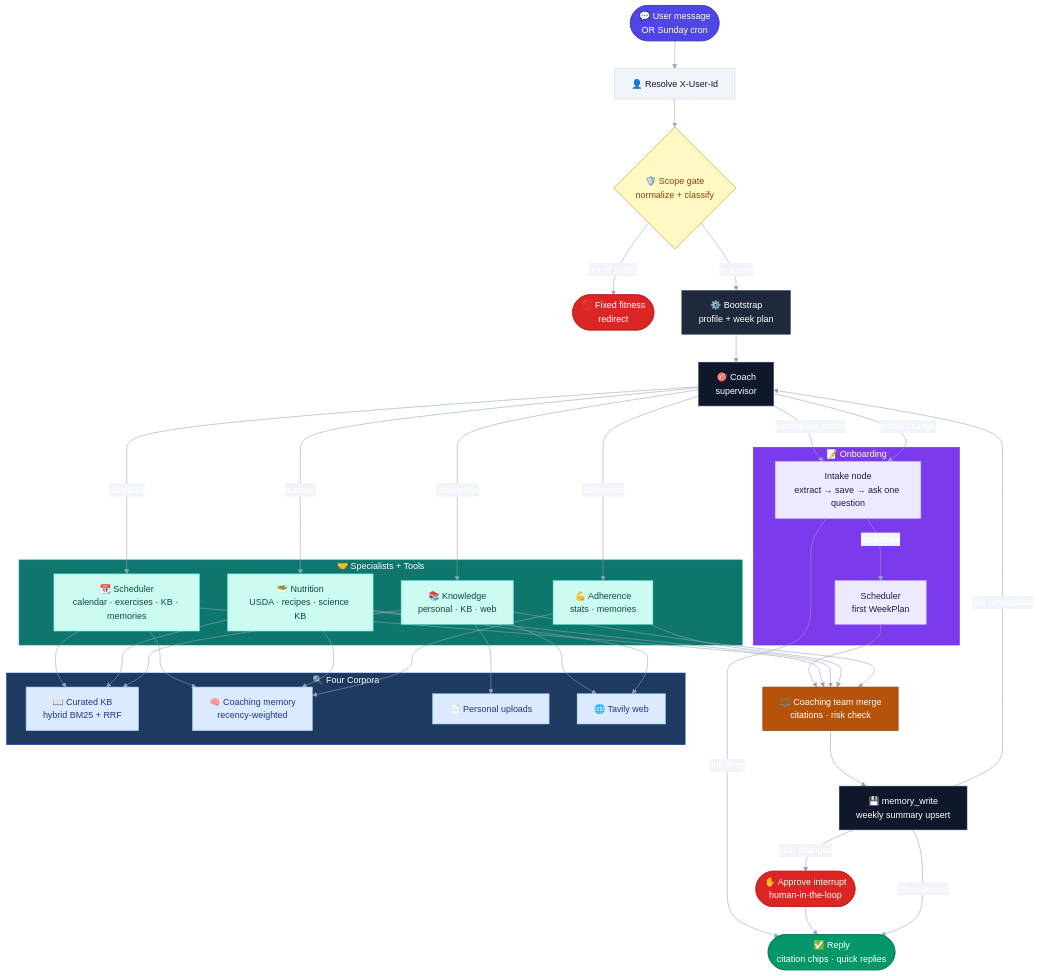
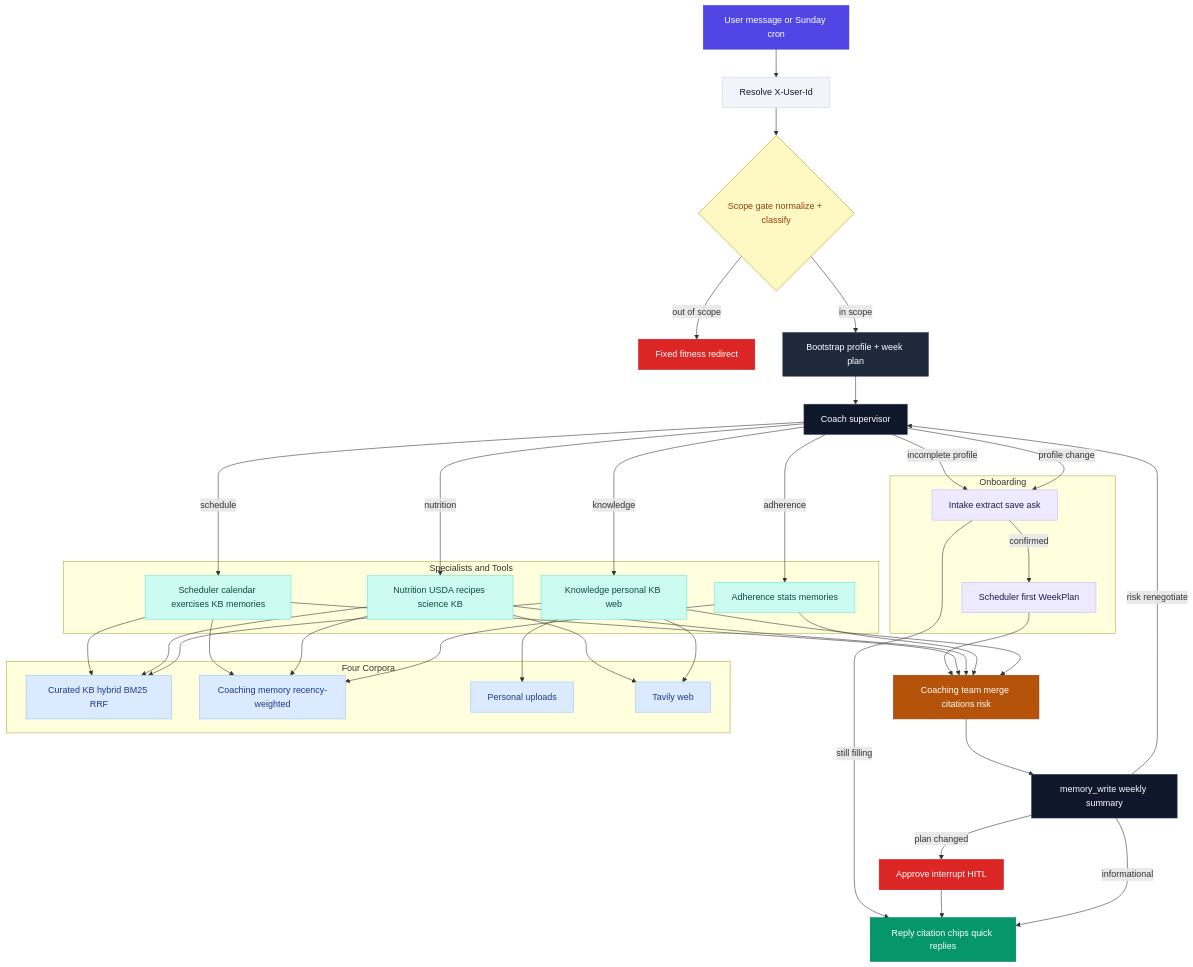
Before and after one commit to saurabhIU/SteadyFit: the second of 2 diagrams in README.md, drawn with Mermaid. The commit also changed other lines of this file and 4 other files, not shown here.

Commit message:
updated mermaid diagrams

````diff
--- a/README.md
+++ b/README.md
@@ -120,89 +142,87 @@
 ```mermaid
-%%{init: {
-  "theme": "base",
-  "themeVariables": {
-    "primaryColor": "#1e293b",
-    "primaryTextColor": "#ffffff",
-    "lineColor": "#94a3b8",
-    "background": "#f8fafc",
-    "fontFamily": "system-ui, sans-serif",
-    "edgeLabelBackground": "#f1f5f9"
-  }
-}}%%
 flowchart TD
-    MSG(["💬 User message\nOR Sunday cron"])
-    HDR["👤 Resolve X-User-Id"]
-    GATE{"🛡️ Scope gate\nnormalize + classify"}
-    REFUSE(["🚫 Fixed fitness\nredirect"])
-    BOOT["⚙️ Bootstrap\nprofile + week plan"]
-    COACH["🎯 Coach\nsupervisor"]
+    MSG[User message or Sunday cron]
+    HDR[Resolve X-User-Id]
+    GATE{Scope gate normalize + classify}
+    REFUSE[Fixed fitness redirect]
+    BOOT[Bootstrap profile + week plan]
+    COACH[Coach supervisor]
 
-    subgraph INTAKE["📝  Onboarding"]
-        INT["Intake node\nextract → save → ask one question"]
-        SCH1["Scheduler\nfirst WeekPlan"]
+    subgraph INTAKE[Onboarding]
+        INT[Intake extract save ask]
+        SCH1[Scheduler first WeekPlan]
     end
 
-    subgraph SPECIALISTS["🤝  Specialists + Tools"]
-        SCH["📆 Scheduler\ncalendar · exercises · KB · memories"]
-        NUT["🥗 Nutrition\nUSDA · recipes · science KB"]
-        ADH["💪 Adherence\nstats · memories"]
-        KNOW["📚 Knowledge\npersonal · KB · web"]
+    subgraph SPECIALISTS[Specialists and Tools]
+        SCH[Scheduler calendar exercises KB memories]
+        NUT[Nutrition USDA recipes science KB]
+        ADH[Adherence stats memories]
+        KNOW[Knowledge personal KB web]
     end
 
-    subgraph RETRIEVAL["🔍  Four Corpora"]
-        R1["📖 Curated KB\nhybrid BM25 + RRF"]
-        R2["🧠 Coaching memory\nrecency-weighted"]
-        R3["📄 Personal uploads"]
-        R4["🌐 Tavily web"]
+    subgraph RETRIEVAL[Four Corpora]
+        R1[Curated KB hybrid BM25 RRF]
+        R2[Coaching memory recency-weighted]
+        R3[Personal uploads]
+        R4[Tavily web]
     end
 
-    TEAM["⚖️ Coaching team merge\ncitations · risk check"]
-    MWRITE["💾 memory_write\nweekly summary upsert"]
-    HITL(["✋ Approve interrupt\nhuman-in-the-loop"])
-    OUT(["✅ Reply\ncitation chips · quick replies"])
+    TEAM[Coaching team merge citations risk]
+    MWRITE[memory_write weekly summary]
+    HITL[Approve interrupt HITL]
+    OUT[Reply citation chips quick replies]
 
-    MSG --> HDR --> GATE
-    GATE -->|"out of scope"| REFUSE
-    GATE -->|"in scope"| BOOT --> COACH
-    COACH -->|"incomplete profile"| INT
-    INT -->|"still filling"| OUT
-    INT -->|"confirmed"| SCH1 --> TEAM
-    COACH -->|"profile change"| INT
-    COACH -->|"schedule"| SCH
-    COACH -->|"nutrition"| NUT
-    COACH -->|"adherence"| ADH
-    COACH -->|"knowledge"| KNOW
-    SCH & NUT --> R1 & R2
+    MSG --> HDR
+    HDR --> GATE
+    GATE -->|out of scope| REFUSE
+    GATE -->|in scope| BOOT
+    BOOT --> COACH
+    COACH -->|incomplete profile| INT
+    INT -->|still filling| OUT
+    INT -->|confirmed| SCH1
+    SCH1 --> TEAM
+    COACH -->|profile change| INT
+    COACH -->|schedule| SCH
+    COACH -->|nutrition| NUT
+    COACH -->|adherence| ADH
+    COACH -->|knowledge| KNOW
+    SCH --> R1
+    SCH --> R2
+    NUT --> R1
+    NUT --> R2
+    NUT --> R4
     ADH --> R2
-    KNOW --> R1 & R3 & R4
-    NUT --> R4
-    SCH & NUT & ADH & KNOW --> TEAM
+    KNOW --> R1
+    KNOW --> R3
+    KNOW --> R4
+    SCH --> TEAM
+    NUT --> TEAM
+    ADH --> TEAM
+    KNOW --> TEAM
     TEAM --> MWRITE
-    MWRITE -->|"risk renegotiate"| COACH
-    MWRITE -->|"plan changed"| HITL --> OUT
-    MWRITE -->|"informational"| OUT
+    MWRITE -->|risk renegotiate| COACH
+    MWRITE -->|plan changed| HITL
+    HITL --> OUT
+    MWRITE -->|informational| OUT
 
-    style MSG fill:#4f46e5,color:#fff,stroke:#4338ca
-    style OUT fill:#059669,color:#fff,stroke:#047857
-    style REFUSE fill:#dc2626,color:#fff,stroke:#b91c1c
-    style BOOT fill:#1e293b,color:#fff,stroke:#334155
-    style COACH fill:#0f172a,color:#fff,stroke:#334155
-    style TEAM fill:#b45309,color:#fff,stroke:#92400e
-    style MWRITE fill:#0f172a,color:#fff,stroke:#334155
-    style HITL fill:#dc2626,color:#fff,stroke:#b91c1c
-    style HDR fill:#f1f5f9,color:#0f172a,stroke:#cbd5e1
-    style GATE fill:#fef9c3,color:#92400e,stroke:#ca8a04
-    style INTAKE fill:#7c3aed,stroke:#6d28d9,color:#fff
-    style INT fill:#ede9fe,color:#1e1b4b,stroke:#c4b5fd
-    style SCH1 fill:#ede9fe,color:#1e1b4b,stroke:#c4b5fd
-    style SPECIALISTS fill:#0f766e,stroke:#0d9488,color:#fff
-    style SCH fill:#ccfbf1,color:#0f4c3a,stroke:#5eead4
-    style NUT fill:#ccfbf1,color:#0f4c3a,stroke:#5eead4
-    style ADH fill:#ccfbf1,color:#0f4c3a,stroke:#5eead4
-    style KNOW fill:#ccfbf1,color:#0f4c3a,stroke:#5eead4
-    style RETRIEVAL fill:#1e3a5f,stroke:#1e40af,color:#fff
-    style R1 fill:#dbeafe,color:#1e3a8a,stroke:#93c5fd
-    style R2 fill:#dbeafe,color:#1e3a8a,stroke:#93c5fd
-    style R3 fill:#dbeafe,color:#1e3a8a,stroke:#93c5fd
-    style R4 fill:#dbeafe,color:#1e3a8a,stroke:#93c5fd
+    style MSG fill:#4f46e5,stroke:#4338ca,color:#fff
+    style OUT fill:#059669,stroke:#047857,color:#fff
+    style REFUSE fill:#dc2626,stroke:#b91c1c,color:#fff
+    style BOOT fill:#1e293b,stroke:#334155,color:#fff
+    style COACH fill:#0f172a,stroke:#334155,color:#fff
+    style TEAM fill:#b45309,stroke:#92400e,color:#fff
+    style MWRITE fill:#0f172a,stroke:#334155,color:#fff
+    style HITL fill:#dc2626,stroke:#b91c1c,color:#fff
+    style HDR fill:#f1f5f9,stroke:#cbd5e1,color:#0f172a
+    style GATE fill:#fef9c3,stroke:#ca8a04,color:#92400e
+    style INT fill:#ede9fe,stroke:#c4b5fd,color:#1e1b4b
+    style SCH1 fill:#ede9fe,stroke:#c4b5fd,color:#1e1b4b
+    style SCH fill:#ccfbf1,stroke:#5eead4,color:#0f4c3a
+    style NUT fill:#ccfbf1,stroke:#5eead4,color:#0f4c3a
+    style ADH fill:#ccfbf1,stroke:#5eead4,color:#0f4c3a
+    style KNOW fill:#ccfbf1,stroke:#5eead4,color:#0f4c3a
+    style R1 fill:#dbeafe,stroke:#93c5fd,color:#1e3a8a
+    style R2 fill:#dbeafe,stroke:#93c5fd,color:#1e3a8a
+    style R3 fill:#dbeafe,stroke:#93c5fd,color:#1e3a8a
+    style R4 fill:#dbeafe,stroke:#93c5fd,color:#1e3a8a
 ```
````
